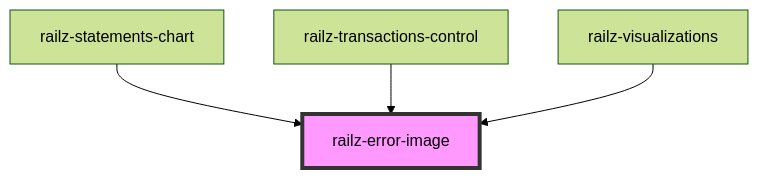
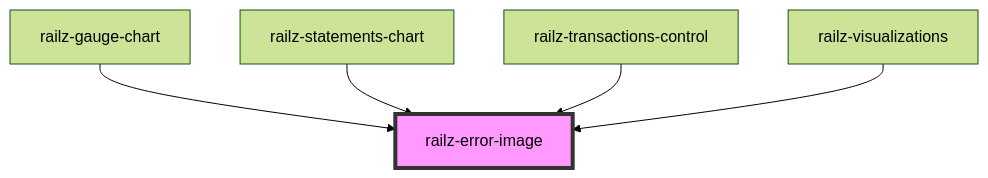
Before and after one commit to railz-ai/railz-visualizations: the diagram in packages/components/src/elements/error/readme.md, drawn with Mermaid (forest theme). The commit also changed other lines of this file and 25 other files, not shown here.

````diff
--- a/packages/components/src/elements/error/readme.md
+++ b/packages/components/src/elements/error/readme.md
@@ -26,7 +25,8 @@
 ```mermaid
 graph TD;
+  railz-gauge-chart --> railz-error-image
   railz-statements-chart --> railz-error-image
   railz-transactions-control --> railz-error-image
   railz-visualizations --> railz-error-image
   style railz-error-image fill:#f9f,stroke:#333,stroke-width:4px
 ```
````
